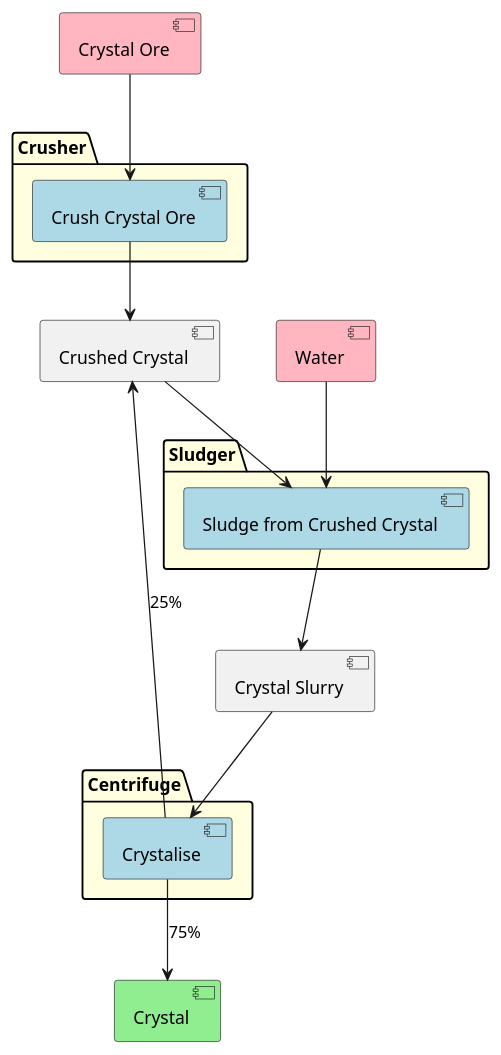
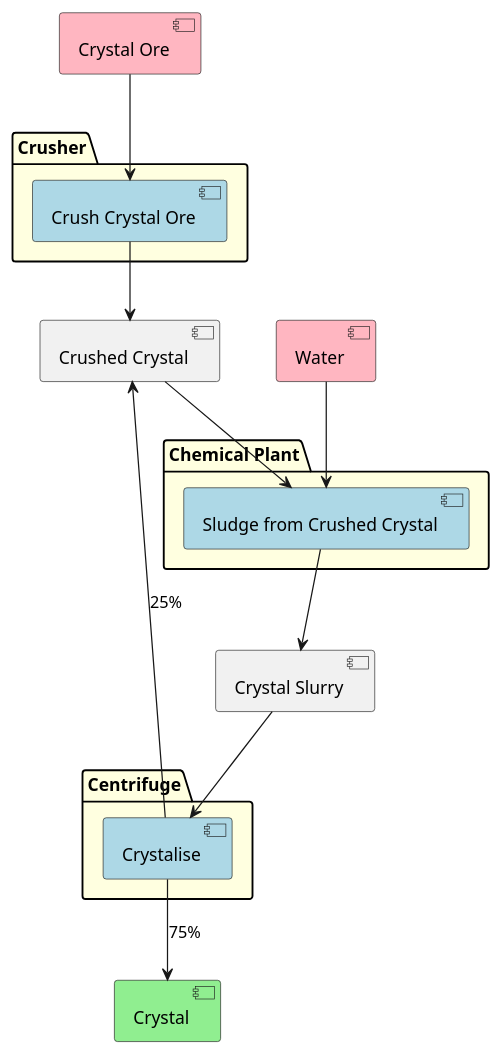
The diagram in Documentation/CrystalFlow.puml (Thomas-De-Praetere/CrystalMod), drawn with PlantUML before and after one commit. The commit also changed 2 other files, not shown here.

Commit message:
Updated ideas and merged the in one total flow

```diff
--- a/Documentation/CrystalFlow.puml
+++ b/Documentation/CrystalFlow.puml
@@ -1,39 +1,39 @@
 @startuml
 
 hide methods
 hide fields
 hide circle
 
 [Crystal Ore] as CO #lightpink
 [Crushed Crystal] as CCr
 [Crystal Slurry] as CS
 [Water] as W #lightpink
 
 [Crystal] as C #lightgreen
 
-package Sludger #lightyellow {
+package "Chemical Plant" #lightyellow {
 [Sludge from Crushed Crystal] as SCS #lightblue
 }
 
 package Crusher #lightyellow {
 [Crush Crystal Ore] as Cr #lightblue
 }
 
 package Centrifuge #lightyellow {
 [Crystalise] as CCF #lightblue
 }
 
 
 CO --> Cr
 Cr --> CCr
 CCr --> SCS
 W --> SCS
 SCS --> CS
 CS --> CCF
 CCF --> C : 75%
 CCF --> CCr : 25%
 
 
 
 
 @enduml
```
